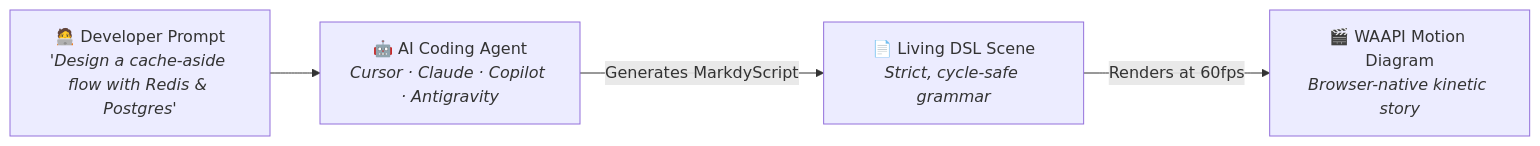
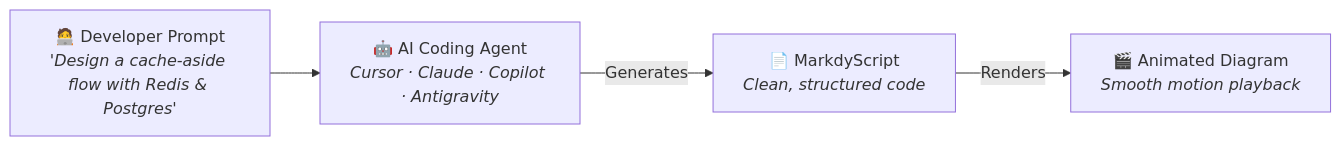
The diagram in README.md (HoangYell/markdy-com), drawn with Mermaid before and after one commit. The commit also changed other lines of this file and 1 other file, not shown here.

````diff
--- a/README.md
+++ b/README.md
@@ -44,6 +44,6 @@
 ```mermaid
 flowchart LR
     A["🧑‍💻 Developer Prompt<br/><i>'Design a cache-aside flow with Redis & Postgres'</i>"] --> B["🤖 AI Coding Agent<br/><i>Cursor · Claude · Copilot · Antigravity</i>"]
-    B -->|"Generates MarkdyScript"| C["📄 Living DSL Scene<br/><i>Strict, cycle-safe grammar</i>"]
-    C -->|"Renders at 60fps"| D["🎬 WAAPI Motion Diagram<br/><i>Browser-native kinetic story</i>"]
+    B -->|"Generates"| C["📄 MarkdyScript<br/><i>Clean, structured code</i>"]
+    C -->|"Renders"| D["🎬 Animated Diagram<br/><i>Smooth motion playback</i>"]
 ```
````
